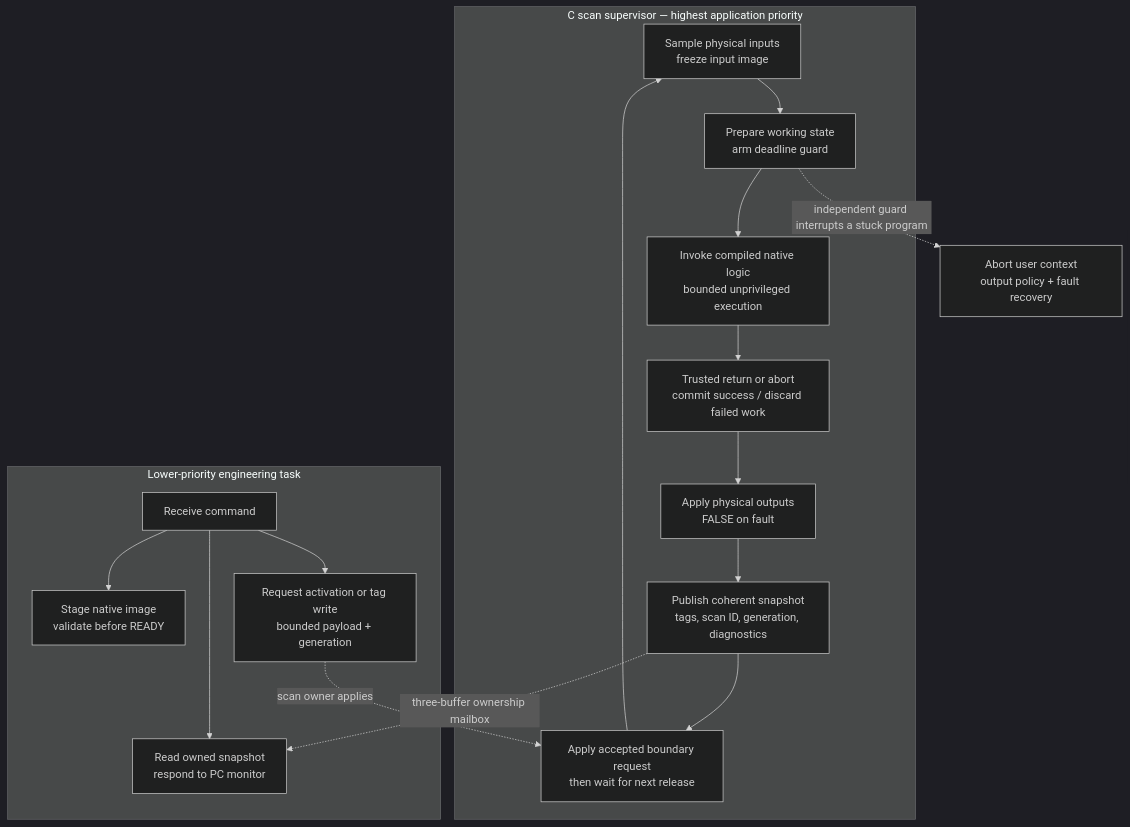
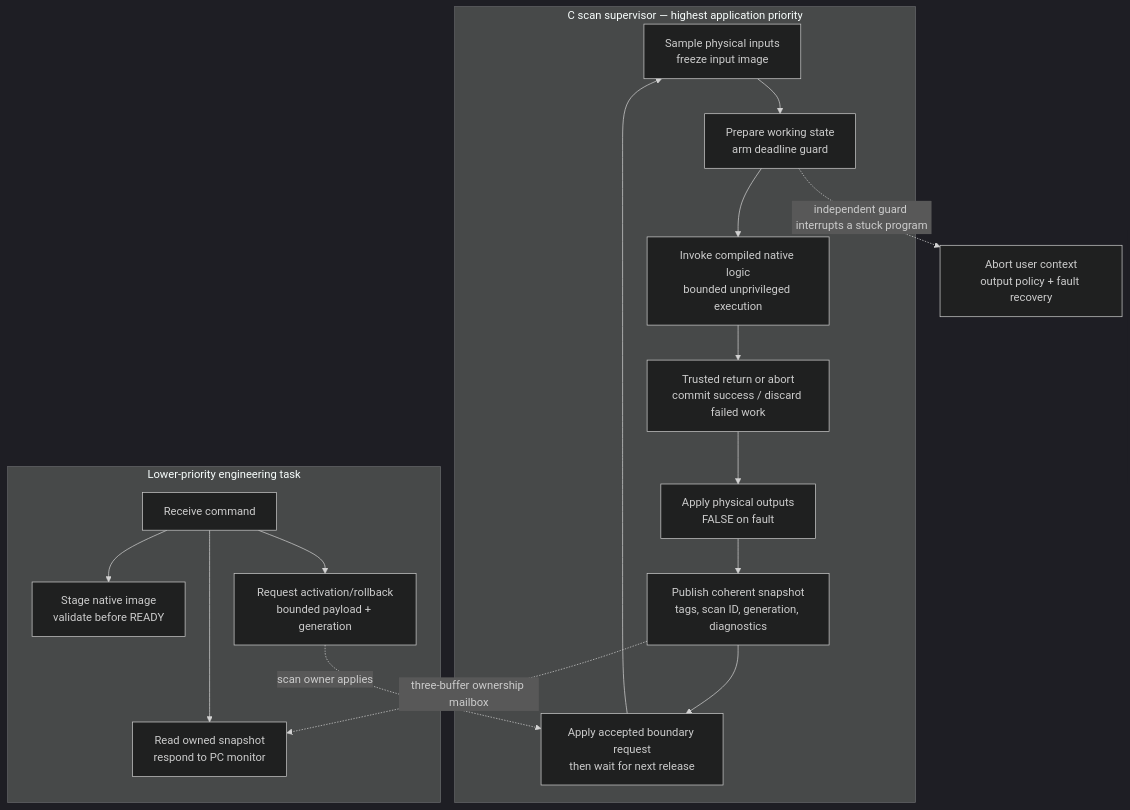
The second of 3 diagrams in README.md (sergiogallegos/tinyplc), drawn with Mermaid (dark theme) before and after one commit. The commit also changed other lines of this file and 2 other files, not shown here.

````diff
--- a/README.md
+++ b/README.md
@@ -121,20 +170,20 @@
 ```mermaid
 flowchart TB
   subgraph Scan["C scan supervisor — highest application priority"]
     Read["Sample physical inputs<br/>freeze input image"] --> Working["Prepare working state<br/>arm deadline guard"]
     Working --> Run["Invoke compiled native logic<br/>bounded unprivileged execution"]
     Run --> Check["Trusted return or abort<br/>commit success / discard failed work"]
     Check --> Outputs["Apply physical outputs<br/>FALSE on fault"]
     Outputs --> Publish["Publish coherent snapshot<br/>tags, scan ID, generation, diagnostics"]
     Publish --> Boundary["Apply accepted boundary request<br/>then wait for next release"]
     Boundary --> Read
   end
   subgraph Comms["Lower-priority engineering task"]
     Receive["Receive command"] --> Stage["Stage native image<br/>validate before READY"]
-    Receive --> Request["Request activation or tag write<br/>bounded payload + generation"]
+    Receive --> Request["Request activation/rollback<br/>bounded payload + generation"]
     Receive --> Monitor["Read owned snapshot<br/>respond to PC monitor"]
   end
   Request -. "scan owner applies" .-> Boundary
   Publish -. "three-buffer ownership mailbox" .-> Monitor
   Working -. "independent guard interrupts a stuck program" .-> Abort["Abort user context<br/>output policy + fault recovery"]
 ```
````
